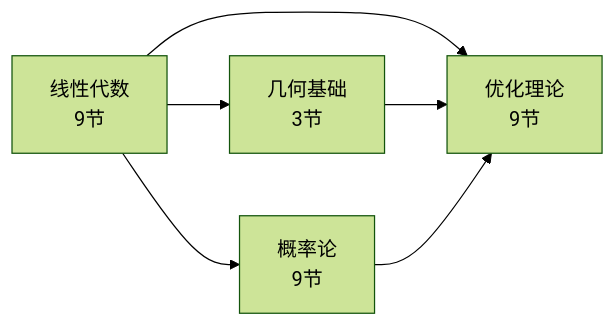
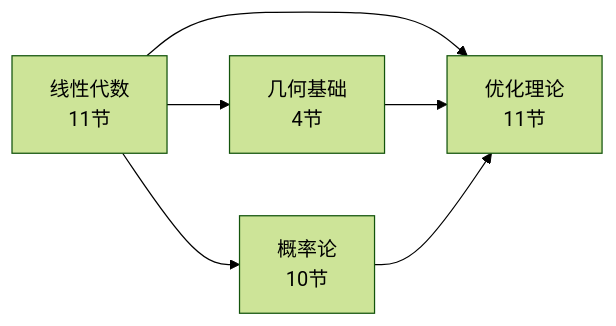
Before and after one commit to Yaoyaolingbro/hello-dl: the diagram in docs/01-math/index.md, drawn with Mermaid (forest theme). The commit also changed other lines of this file and 16 other files, not shown here.

````diff
--- a/docs/01-math/index.md
+++ b/docs/01-math/index.md
@@ -9,8 +9,8 @@
 ```mermaid
 graph LR
-    LA[线性代数\n9节] --> GEO[几何基础\n3节]
-    LA --> OPT[优化理论\n9节]
-    LA --> P[概率论\n9节]
+    LA[线性代数\n11节] --> GEO[几何基础\n4节]
+    LA --> OPT[优化理论\n11节]
+    LA --> P[概率论\n10节]
     GEO --> OPT
     P --> OPT
 ```
````
